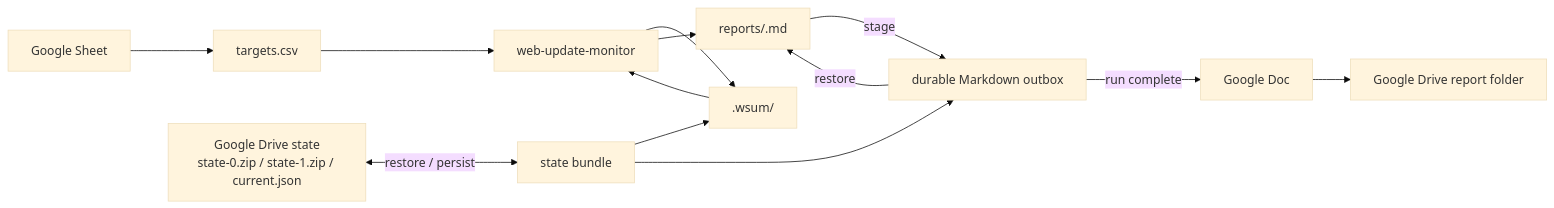
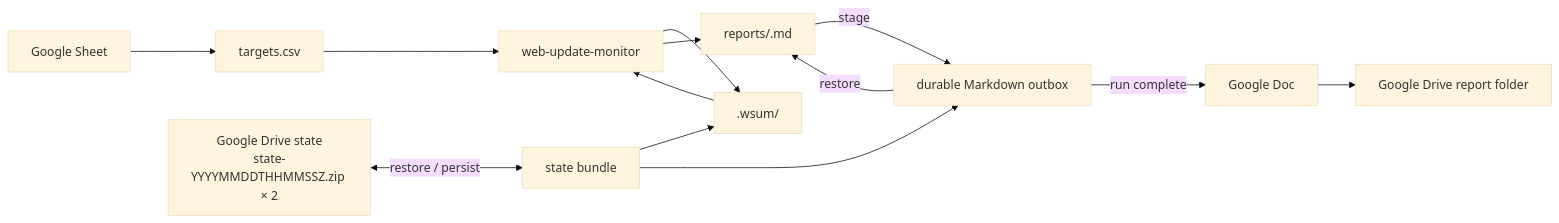
The first of 2 diagrams in README.md (dceoy/wsum), drawn with Mermaid (base theme) before and after one commit. The commit also changed other lines of this file, not shown here.

````diff
--- a/README.md
+++ b/README.md
@@ -23,15 +23,15 @@
 ```mermaid
 flowchart LR
     GS["Google Sheet"] --> CSV["targets.csv"]
-    DS["Google Drive state<br/>state-0.zip / state-1.zip / current.json"] <-->|restore / persist| BUNDLE["state bundle"]
+    DS["Google Drive state<br/>state-YYYYMMDDTHHMMSSZ.zip × 2"] <-->|restore / persist| BUNDLE["state bundle"]
     BUNDLE --> STATE[".wsum/"]
     BUNDLE --> OUT["durable Markdown outbox"]
     CSV --> CORE["web-update-monitor"]
     STATE --> CORE
     CORE --> STATE
     CORE --> REPORT["reports/<run-id>.md"]
     OUT -->|restore| REPORT
     REPORT -->|stage| OUT
     OUT -->|run complete| GDOC["Google Doc"]
     GDOC --> DR["Google Drive report folder"]
 ```
````
